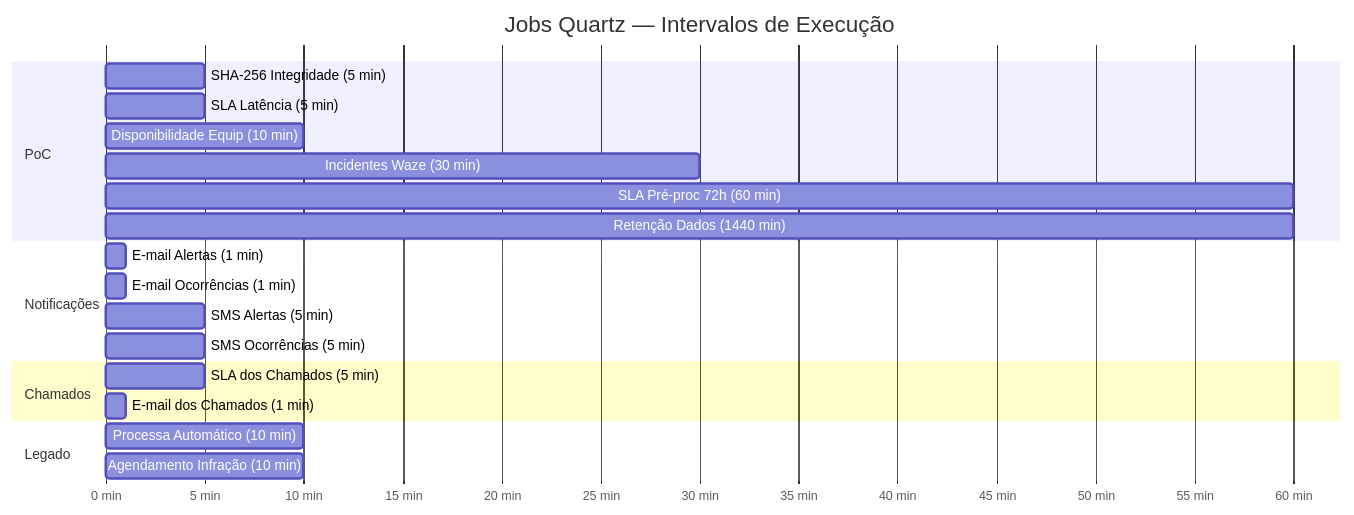
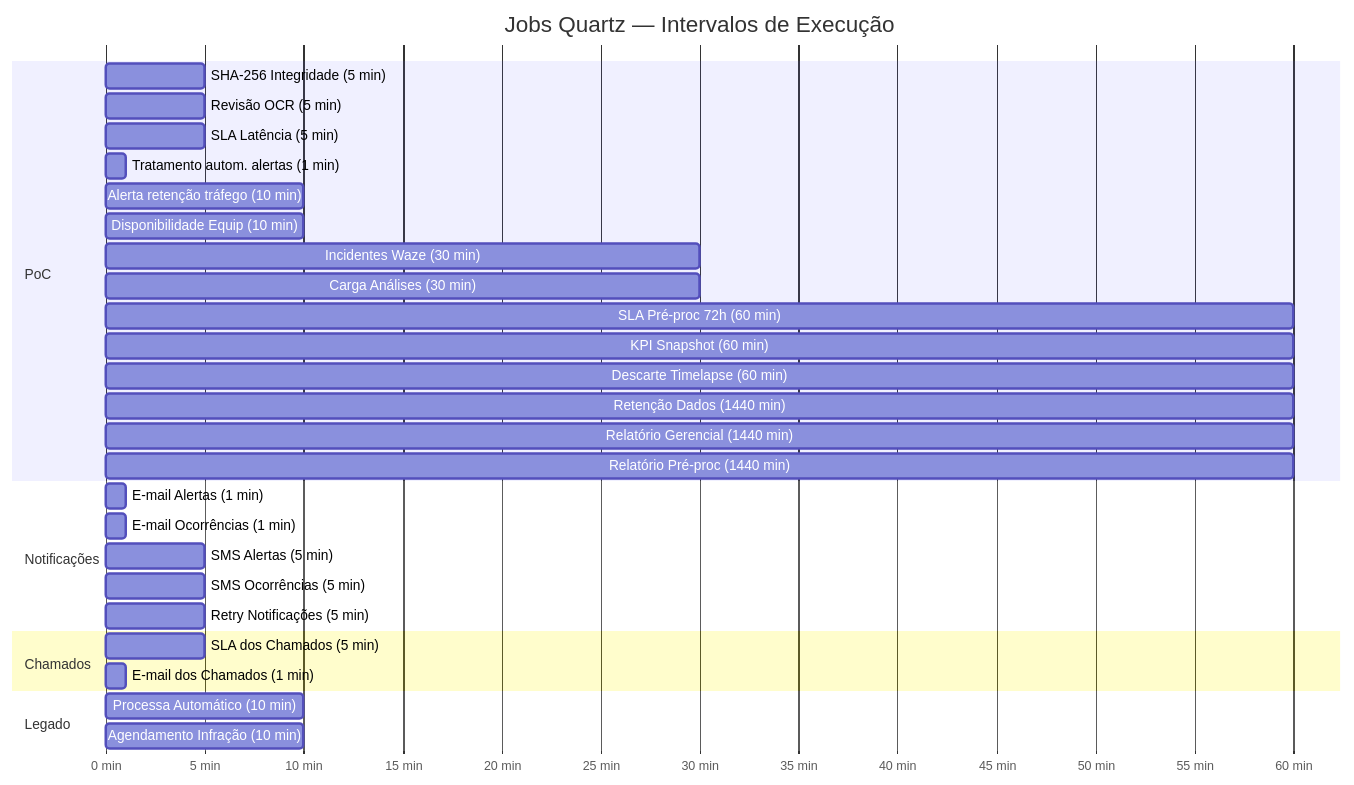
Before and after one commit to gustavoflandal/GTW-CWB: the third of 6 diagrams in docs/diagrama-arquitetura/arquitetura-sistema.md, drawn with Mermaid. The commit also changed other lines of this file and 87 other files, not shown here.

````diff
--- a/docs/diagrama-arquitetura/arquitetura-sistema.md
+++ b/docs/diagrama-arquitetura/arquitetura-sistema.md
@@ -142,28 +142,37 @@
 ```mermaid
 gantt
     title Jobs Quartz — Intervalos de Execução
     dateFormat X
     axisFormat %s min
 
     section PoC
     SHA-256 Integridade (5 min)       :a1, 0, 5
+    Revisão OCR (5 min)               :a7, 0, 5
     SLA Latência (5 min)              :a2, 0, 5
+    Tratamento autom. alertas (1 min) :a8, 0, 1
+    Alerta retenção tráfego (10 min)  :a9, 0, 10
     Disponibilidade Equip (10 min)    :a3, 0, 10
     Incidentes Waze (30 min)          :a4, 0, 30
+    Carga Análises (30 min)           :a10, 0, 30
     SLA Pré-proc 72h (60 min)        :a5, 0, 60
+    KPI Snapshot (60 min)             :a11, 0, 60
+    Descarte Timelapse (60 min)       :a12, 0, 60
     Retenção Dados (1440 min)         :a6, 0, 60
+    Relatório Gerencial (1440 min)    :a13, 0, 60
+    Relatório Pré-proc (1440 min)     :a14, 0, 60
 
     section Notificações
     E-mail Alertas (1 min)            :b1, 0, 1
     E-mail Ocorrências (1 min)        :b2, 0, 1
     SMS Alertas (5 min)               :b3, 0, 5
     SMS Ocorrências (5 min)           :b4, 0, 5
+    Retry Notificações (5 min)        :b5, 0, 5
 
     section Chamados
     SLA dos Chamados (5 min)          :d1, 0, 5
     E-mail dos Chamados (1 min)       :d2, 0, 1
 
     section Legado
     Processa Automático (10 min)      :c1, 0, 10
     Agendamento Infração (10 min)     :c2, 0, 10
 ```
````
